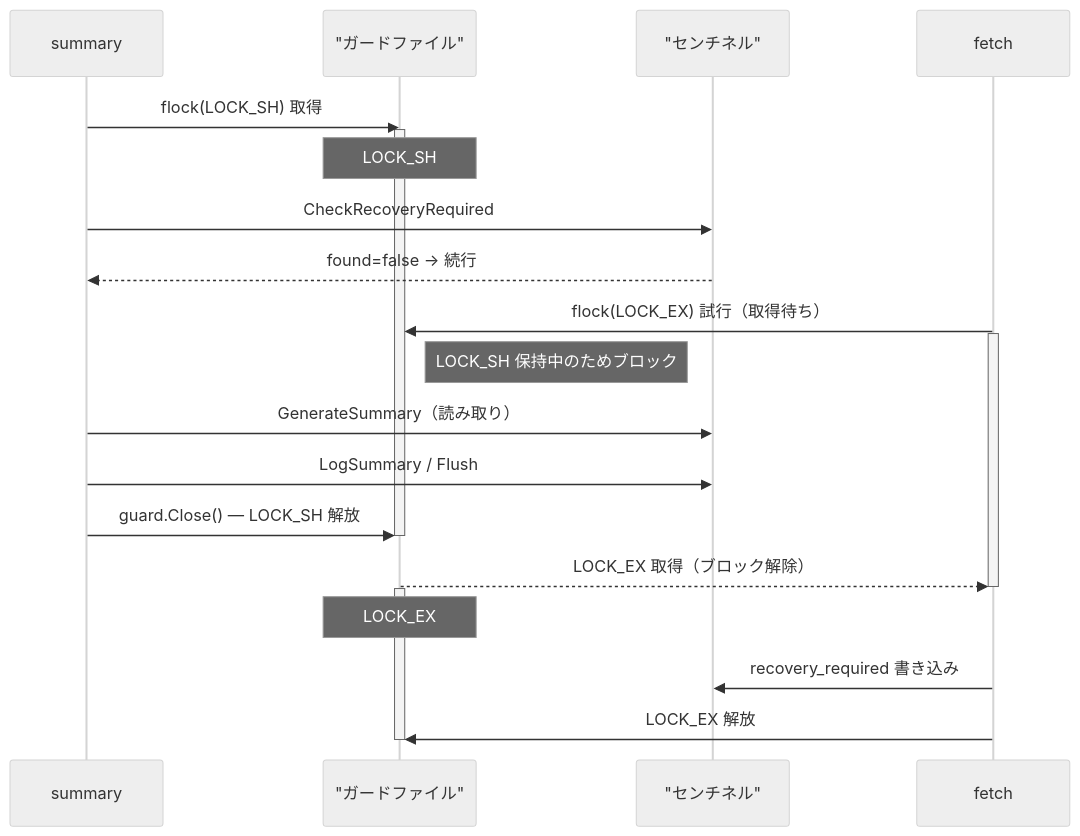
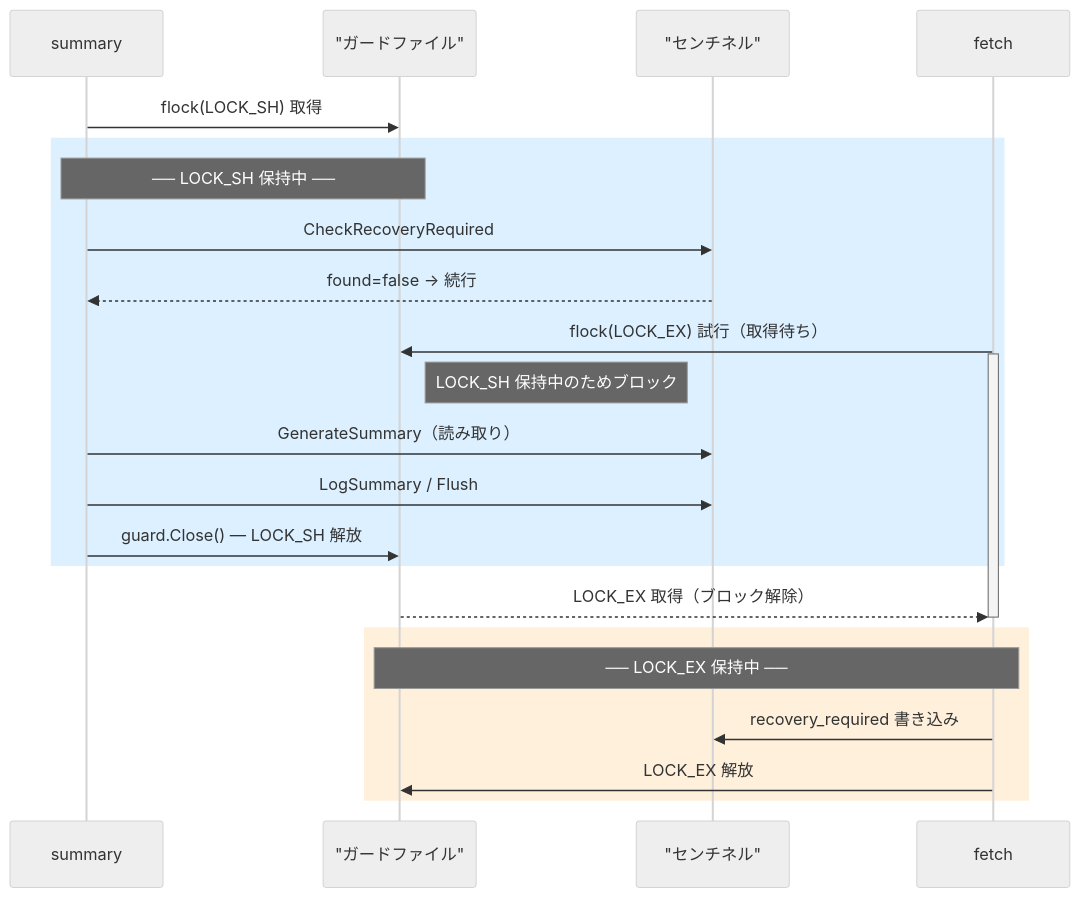
Before and after one commit to isseis/tlsrpt-digest: the second of 2 diagrams in docs/dev/developer_guide/process_locking.ja.md, drawn with Mermaid (neutral theme).

Commit message:
docs(dev-guide): switch §3.3 diagram to rect-based lock period visualization
Replace activate/deactivate + Note over with colored rect bands:
- Blue band (rgb 220,240,255): LOCK_SH holding period
- Orange band (rgb 255,240,220): LOCK_EX holding period

Both lock acquisition calls (flock(LOCK_SH) 取得, LOCK_EX 取得) are placed
outside their respective rect so that acquisition and holding period are
consistently distinguished.

````diff
--- a/docs/dev/developer_guide/process_locking.ja.md
+++ b/docs/dev/developer_guide/process_locking.ja.md
@@ -140,30 +140,28 @@
 ```mermaid
 sequenceDiagram
     participant S as summary
     participant G as "ガードファイル"
     participant Sen as "センチネル"
     participant F as fetch
 
     S->>G: flock(LOCK_SH) 取得
-    activate G
-    Note over G: LOCK_SH
-    S->>Sen: CheckRecoveryRequired
-    Sen-->>S: found=false → 続行
-
-    F->>G: flock(LOCK_EX) 試行（取得待ち）
-    activate F
-    Note right of G: LOCK_SH 保持中のためブロック
-
-    S->>Sen: GenerateSummary（読み取り）
-    S->>Sen: LogSummary / Flush
-    S->>G: guard.Close() — LOCK_SH 解放
-    deactivate G
+    rect rgb(220, 240, 255)
+        Note over S,G: ── LOCK_SH 保持中 ──
+        S->>Sen: CheckRecoveryRequired
+        Sen-->>S: found=false → 続行
+        F->>G: flock(LOCK_EX) 試行（取得待ち）
+        activate F
+        Note right of G: LOCK_SH 保持中のためブロック
+        S->>Sen: GenerateSummary（読み取り）
+        S->>Sen: LogSummary / Flush
+        S->>G: guard.Close() — LOCK_SH 解放
+    end
 
     G-->>F: LOCK_EX 取得（ブロック解除）
     deactivate F
-    activate G
-    Note over G: LOCK_EX
-    F->>Sen: recovery_required 書き込み
-    F->>G: LOCK_EX 解放
-    deactivate G
+    rect rgb(255, 240, 220)
+        Note over F,G: ── LOCK_EX 保持中 ──
+        F->>Sen: recovery_required 書き込み
+        F->>G: LOCK_EX 解放
+    end
 ```
````
